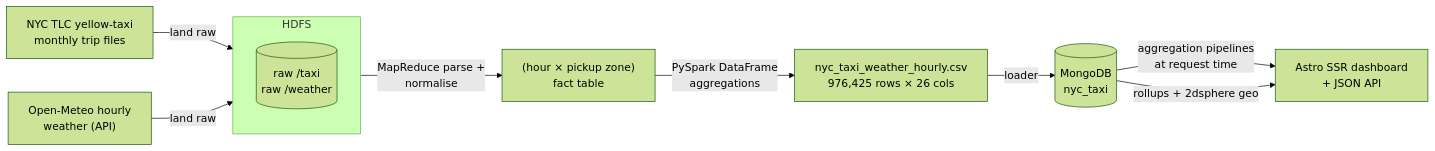
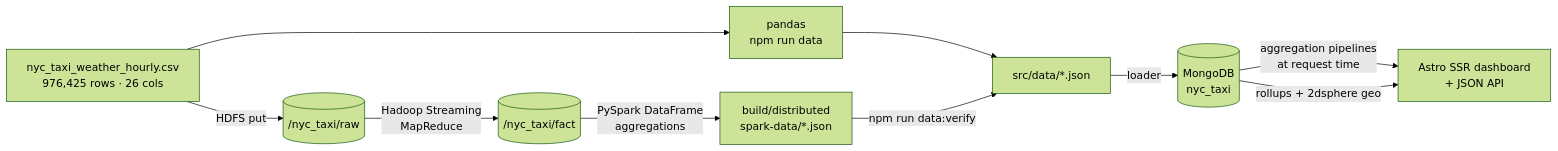
One commit to DevAgarwal2/bda-proj changed the diagram in README.md. Above: the diagram before and after it, drawn with Mermaid (forest theme). The commit also changed other lines of this file and 23 other files, not shown here.

First line of the commit message:
Add forecast tab and distributed Hadoop/Spark pipeline

````diff
--- a/README.md
+++ b/README.md
@@ -26,13 +34,12 @@
 ```mermaid
 flowchart LR
-    A["NYC TLC yellow-taxi\nmonthly trip files"] -->|land raw| H
-    B["Open-Meteo hourly\nweather (API)"] -->|land raw| H
-    subgraph H["HDFS"]
-        RAW[("raw /taxi\nraw /weather")]
-    end
-    H -->|MapReduce parse +\nnormalise| F["(hour × pickup zone)\nfact table"]
-    F -->|PySpark DataFrame\naggregations| E["nyc_taxi_weather_hourly.csv\n976,425 rows × 26 cols"]
-    E -->|loader| M[("MongoDB\nnyc_taxi")]
-    M -->|aggregation pipelines\nat request time| D["Astro SSR dashboard\n+ JSON API"]
-    M -->|rollups + 2dsphere geo| D
+    S["nyc_taxi_weather_hourly.csv\n976,425 rows · 26 cols"] --> P["pandas\nnpm run data"]
+    S -->|HDFS put| RAW[("/nyc_taxi/raw")]
+    RAW -->|Hadoop Streaming\nMapReduce| FACT[("/nyc_taxi/fact")]
+    FACT -->|PySpark DataFrame\naggregations| SPK["build/distributed\nspark-data/*.json"]
+    P --> D["src/data/*.json"]
+    SPK -->|npm run data:verify| D
+    D -->|loader| M[("MongoDB\nnyc_taxi")]
+    M -->|aggregation pipelines\nat request time| A["Astro SSR dashboard\n+ JSON API"]
+    M -->|rollups + 2dsphere geo| A
 ```
````
